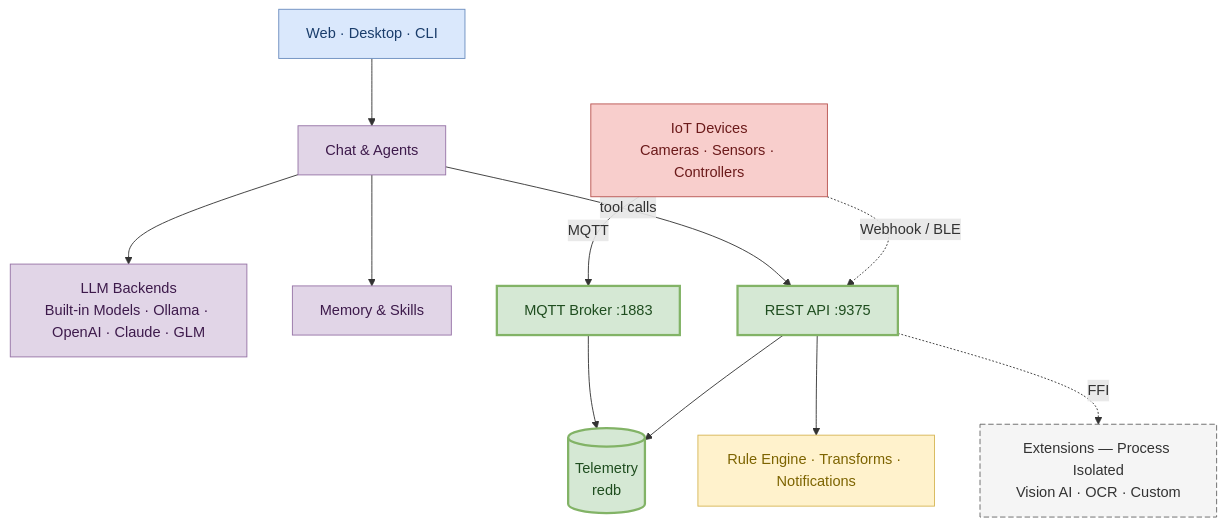
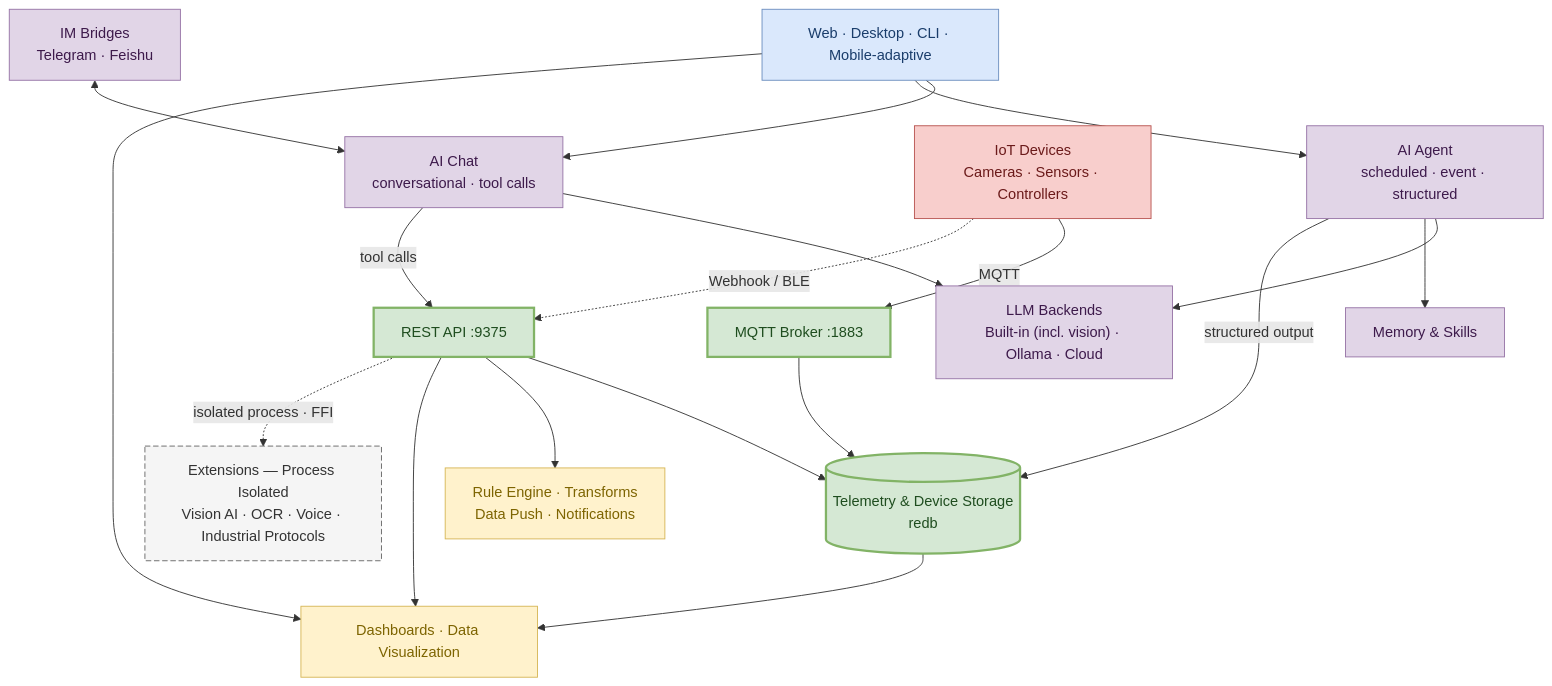
One commit to camthink-ai/wiki-documents changed the diagram in i18n/en/docusaurus-plugin-content-docs/current/0-neomind/product-overview/1-what-is-neomind.md. Above: the diagram before and after it, drawn with Mermaid. The commit also changed other lines of this file and 89 other files, not shown here.

````diff
--- a/i18n/en/docusaurus-plugin-content-docs/current/0-neomind/product-overview/1-what-is-neomind.md
+++ b/i18n/en/docusaurus-plugin-content-docs/current/0-neomind/product-overview/1-what-is-neomind.md
@@ -33,43 +33,53 @@
 ```mermaid
 flowchart TB
-    CLIENT["Web · Desktop · CLI"]
-    CHAT["Chat & Agents"]
-    LLM["LLM Backends<br/>Built-in Models · Ollama · OpenAI · Claude · GLM"]
+    CLIENT["Web · Desktop · CLI · Mobile-adaptive"]
+    IM["IM Bridges<br/>Telegram · Feishu"]
+    CHAT["AI Chat<br/>conversational · tool calls"]
+    AGENT["AI Agent<br/>scheduled · event · structured"]
+    LLM["LLM Backends<br/>Built-in (incl. vision) · Ollama · Cloud"]
     MEM["Memory & Skills"]
+    DASH["Dashboards · Data Visualization"]
 
     API["REST API :9375"]
     MQTT["MQTT Broker :1883"]
-    STORE[("Telemetry<br/>redb")]
-    AUTO["Rule Engine · Transforms · Notifications"]
+    STORE[("Telemetry & Device Storage<br/>redb")]
+    AUTO["Rule Engine · Transforms<br/>Data Push · Notifications"]
 
-    EXT["Extensions — Process Isolated<br/>Vision AI · OCR · Custom"]
+    EXT["Extensions — Process Isolated<br/>Vision AI · OCR · Voice · Industrial Protocols"]
     DEV["IoT Devices<br/>Cameras · Sensors · Controllers"]
 
     CLIENT --> CHAT
+    CLIENT --> AGENT
+    CLIENT --> DASH
+    IM <--> CHAT
     CHAT --> LLM
-    CHAT --> MEM
+    AGENT --> LLM
+    AGENT --> MEM
     CHAT -->|tool calls| API
+    AGENT -->|structured output| STORE
 
     DEV -->|MQTT| MQTT
     DEV -.->|Webhook / BLE| API
 
     MQTT --> STORE
     API --> STORE
     API --> AUTO
+    API --> DASH
+    STORE --> DASH
 
-    API -.->|FFI| EXT
+    API -.->|isolated process · FFI| EXT
 
     classDef clientNode fill:#dae8fc,stroke:#6c8ebf,color:#1a3d6b
     classDef aiNode fill:#e1d5e7,stroke:#9673a6,color:#3d1a4b
     classDef coreNode fill:#d5e8d4,stroke:#82b366,stroke-width:2.5px,color:#1f4d1f
     classDef autoNode fill:#fff2cc,stroke:#d6b656,color:#7d6400
     classDef extNode fill:#f5f5f5,stroke:#666,stroke-dasharray:6 3,color:#333
     classDef devNode fill:#f8cecc,stroke:#b85450,color:#6b1a1a
 
     class CLIENT clientNode
-    class CHAT,LLM,MEM aiNode
+    class IM,CHAT,AGENT,LLM,MEM aiNode
     class API,MQTT,STORE coreNode
-    class AUTO autoNode
+    class AUTO,DASH autoNode
     class EXT extNode
     class DEV devNode
 ```
````
